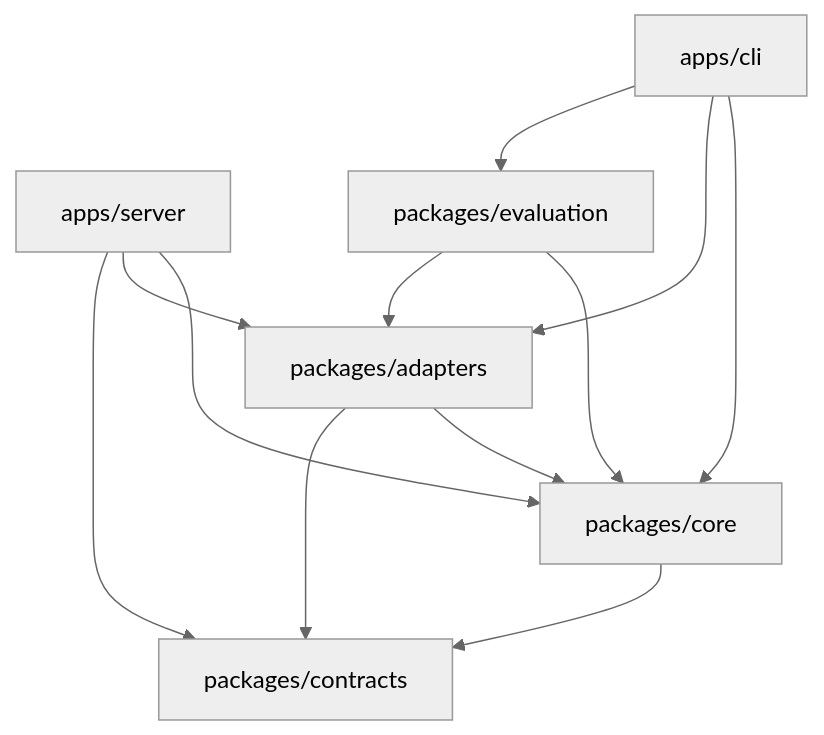
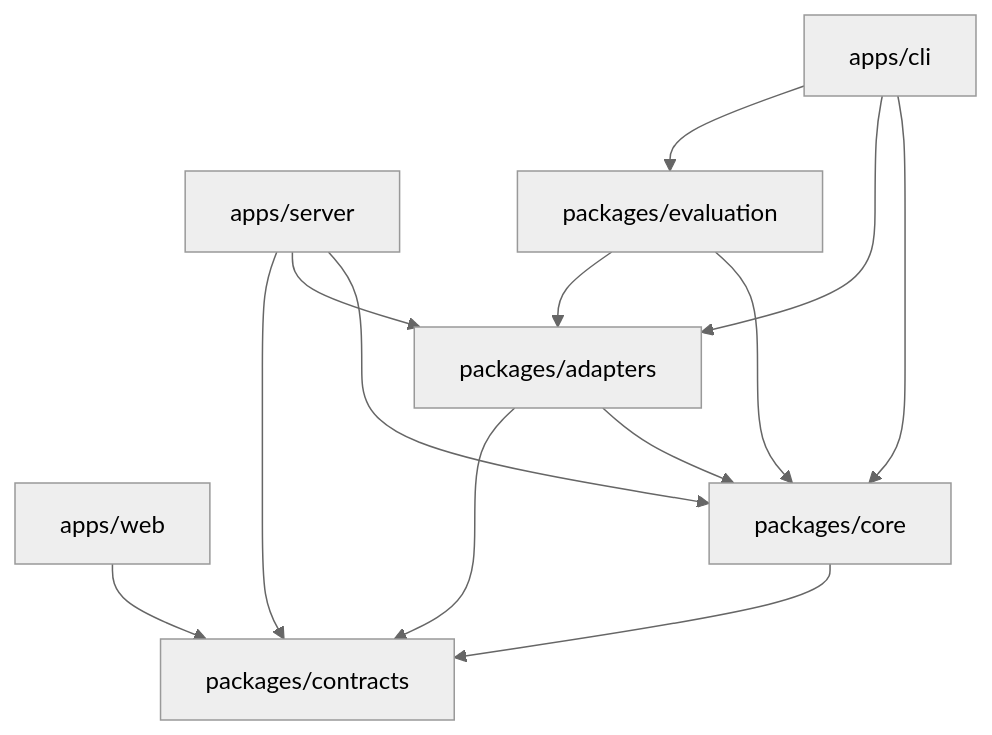
One commit to yukiyuki1900/taskWeave changed the diagram in docs/architecture/module-boundaries.md. Above: the diagram before and after it, drawn with Mermaid (neutral theme). The commit also changed other lines of this file and 71 other files, not shown here.

````diff
--- a/docs/architecture/module-boundaries.md
+++ b/docs/architecture/module-boundaries.md
@@ -54,14 +64,15 @@
 ```mermaid
 flowchart TD
+  Web[apps/web] --> Contracts
   Server[apps/server] --> Core
   Server --> Adapters
   Server --> Contracts
   CLI[apps/cli] --> Core[packages/core]
   CLI --> Adapters[packages/adapters]
   CLI --> Eval[packages/evaluation]
   Eval --> Core
   Eval --> Adapters
   Adapters --> Core
   Adapters --> Contracts[packages/contracts]
   Core --> Contracts
 ```
````
